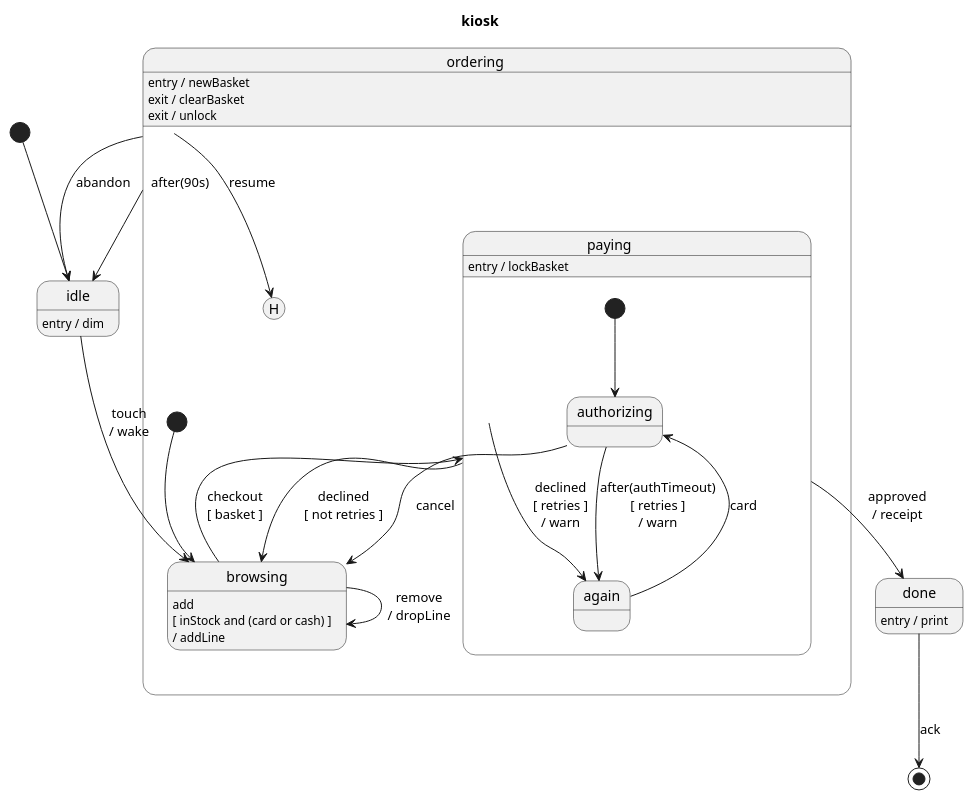
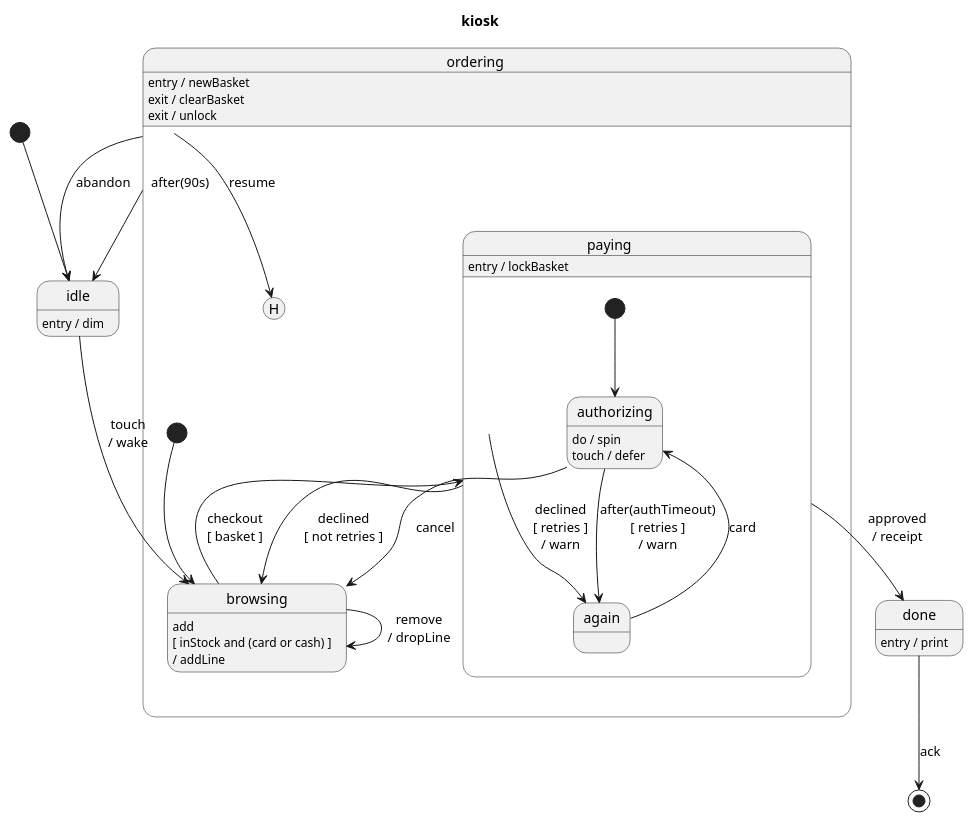
Before and after one commit to vincedupuis/transplantUML: the diagram in example/kiosk.puml, drawn with PlantUML. The commit also changed 9 other files, not shown here.

```diff
--- a/example/kiosk.puml
+++ b/example/kiosk.puml
@@ -1,37 +1,39 @@
 @startuml
 title kiosk
 [*] --> idle
 state idle
 idle : entry / dim
 state ordering {
     [*] --> browsing
     state browsing
     state paying {
         [*] --> authorizing
         state authorizing
+        authorizing : do / spin
+        authorizing : touch / defer
         state again
         authorizing --> again: after(authTimeout)\n[ retries ]\n/ warn
         again --> authorizing: card
     }
     paying : entry / lockBasket
     state "ordering.H" as ordering_H <<history>>
     browsing : add\n[ inStock and (card or cash) ]\n/ addLine
     browsing --> browsing: remove\n/ dropLine
     browsing --> paying: checkout\n[ basket ]
     paying --> again: declined\n[ retries ]\n/ warn
     paying --> browsing: declined\n[ not retries ]
     authorizing --> browsing: cancel
 }
 ordering : entry / newBasket
 ordering : exit / clearBasket
 ordering : exit / unlock
 state done
 done : entry / print
 state final <<end>>
 idle --> browsing: touch\n/ wake
 ordering --> idle: abandon
 ordering --> idle: after(90s)
 ordering --> ordering_H: resume
 paying --> done: approved\n/ receipt
 done --> final: ack
 @enduml
```
